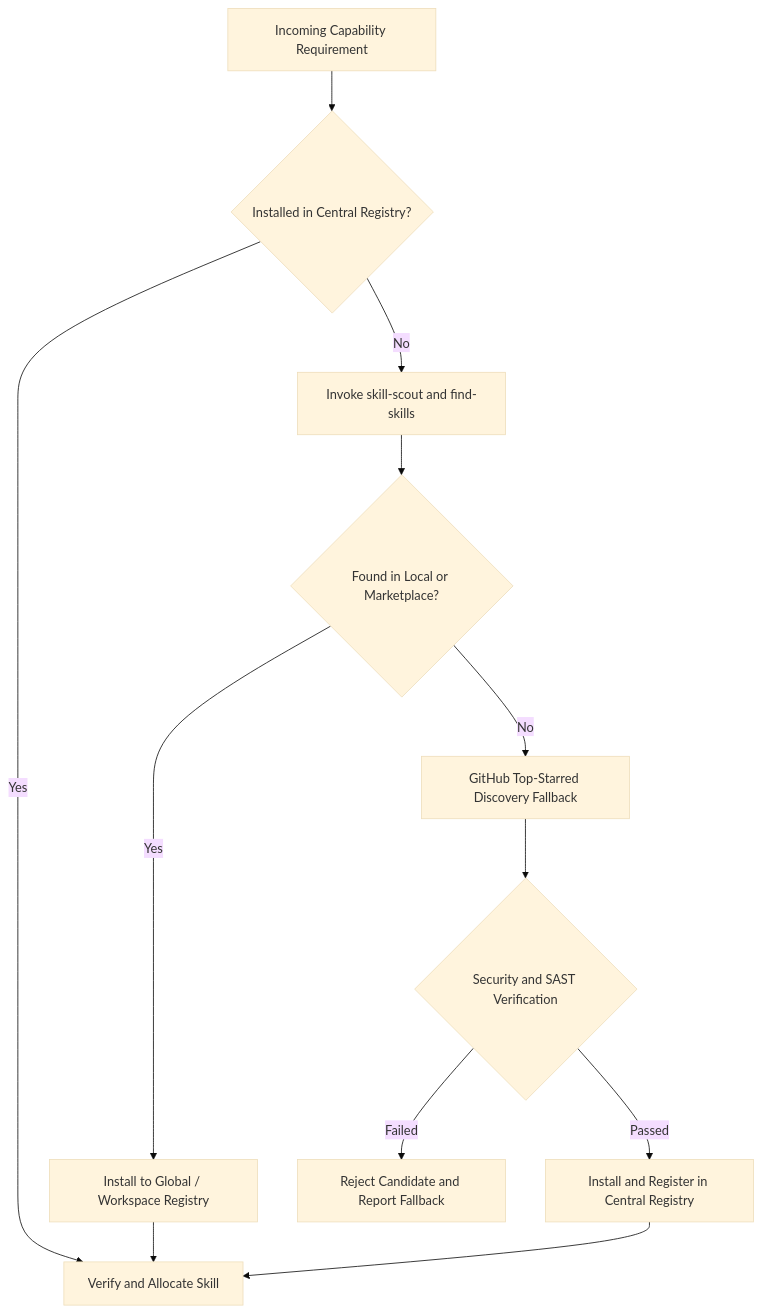
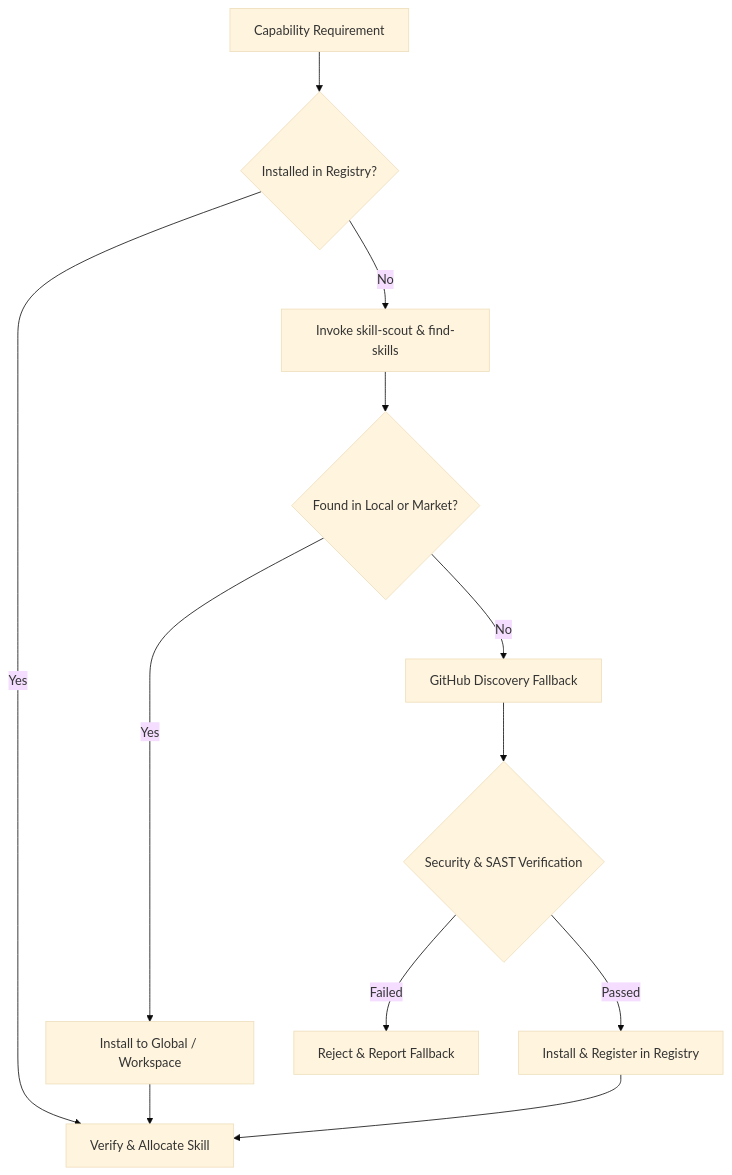
One commit to aiprincekumar/Interactive-Cursor-Tracking-Portfolio changed the third of 3 diagrams in .agents/rules/architecture_recommendation.md. Above: the diagram before and after it, drawn with Mermaid (base theme). The commit also changed other lines of this file and 4 other files, not shown here.

````diff
--- a/.agents/rules/architecture_recommendation.md
+++ b/.agents/rules/architecture_recommendation.md
@@ -185,14 +174,14 @@
 ```mermaid
 flowchart TD
-    Req["Incoming Capability Requirement"] --> LocalAudit{"Installed in Central Registry?"}
-    LocalAudit -->|Yes| Allocate["Verify and Allocate Skill"]
-    LocalAudit -->|No| ToolSearch["Invoke skill-scout and find-skills"]
-    ToolSearch --> FoundInMarket{"Found in Local or Marketplace?"}
-    FoundInMarket -->|Yes| InstallLocal["Install to Global / Workspace Registry"]
-    FoundInMarket -->|No| GitHubFallback["GitHub Top-Starred Discovery Fallback"]
-    GitHubFallback --> AuditSecurity{"Security and SAST Verification"}
-    AuditSecurity -->|Passed| InstallExternal["Install and Register in Central Registry"]
-    AuditSecurity -->|Failed| Reject["Reject Candidate and Report Fallback"]
+    Req["Capability Requirement"] --> LocalAudit{"Installed in Registry?"}
+    LocalAudit -->|Yes| Allocate["Verify & Allocate Skill"]
+    LocalAudit -->|No| ToolSearch["Invoke skill-scout & find-skills"]
+    ToolSearch --> FoundInMarket{"Found in Local or Market?"}
+    FoundInMarket -->|Yes| InstallLocal["Install to Global / Workspace"]
+    FoundInMarket -->|No| GitHubFallback["GitHub Discovery Fallback"]
+    GitHubFallback --> AuditSecurity{"Security & SAST Verification"}
+    AuditSecurity -->|Passed| InstallExternal["Install & Register in Registry"]
+    AuditSecurity -->|Failed| Reject["Reject & Report Fallback"]
     InstallLocal --> Allocate
     InstallExternal --> Allocate
 ```
````
